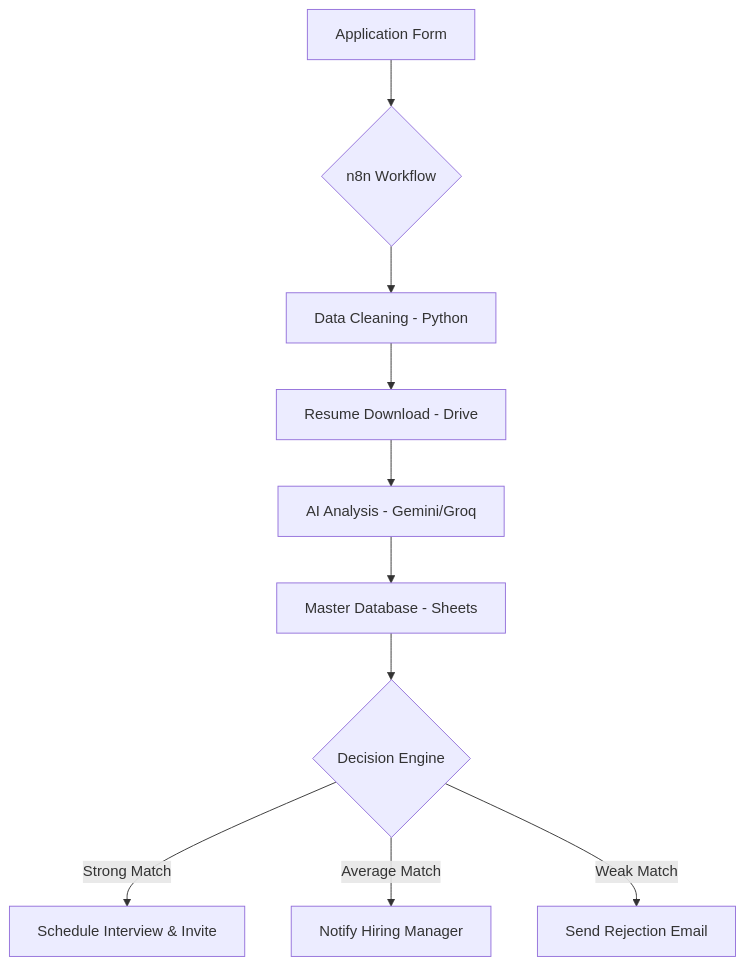
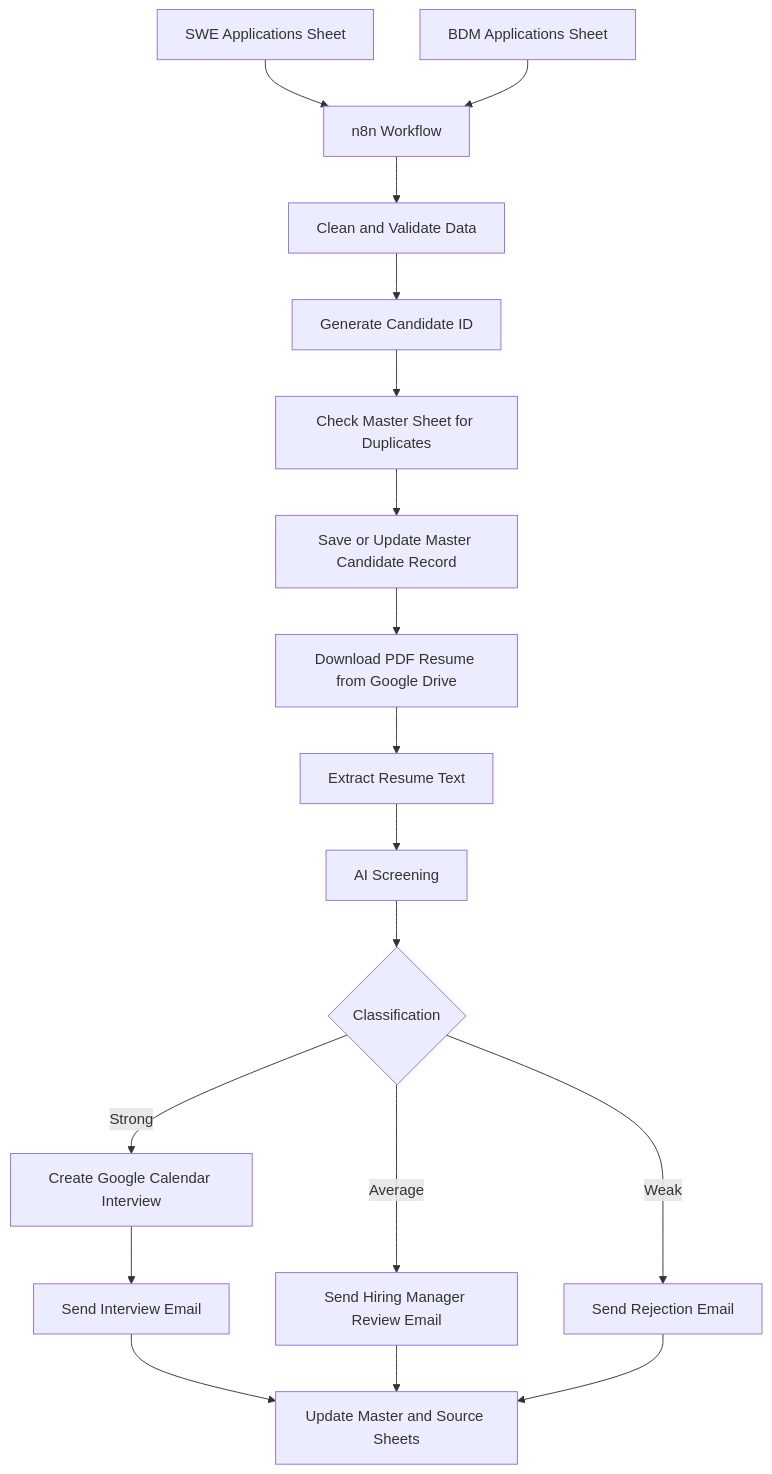
Before and after one commit to 21Afnan/n8n-multi-role-hiring-automation: the diagram in README.md, drawn with Mermaid. The commit also changed other lines of this file, not shown here.

````diff
--- a/README.md
+++ b/README.md
@@ -23,12 +30,20 @@
 ```mermaid
 graph TD
-    A[Application Form] --> B{n8n Workflow}
-    B --> C[Data Cleaning - Python]
-    C --> D[Resume Download - Drive]
-    D --> E[AI Analysis - Gemini/Groq]
-    E --> F[Master Database - Sheets]
-    F --> G{Decision Engine}
-    G -- Strong Match --> H[Schedule Interview & Invite]
-    G -- Average Match --> I[Notify Hiring Manager]
-    G -- Weak Match --> J[Send Rejection Email]
+    A[SWE Applications Sheet] --> C[n8n Workflow]
+    B[BDM Applications Sheet] --> C
+    C --> D[Clean and Validate Data]
+    D --> E[Generate Candidate ID]
+    E --> F[Check Master Sheet for Duplicates]
+    F --> G[Save or Update Master Candidate Record]
+    G --> H[Download PDF Resume from Google Drive]
+    H --> I[Extract Resume Text]
+    I --> J[AI Screening]
+    J --> K{Classification}
+    K -- Strong --> L[Create Google Calendar Interview]
+    L --> M[Send Interview Email]
+    K -- Average --> N[Send Hiring Manager Review Email]
+    K -- Weak --> O[Send Rejection Email]
+    M --> P[Update Master and Source Sheets]
+    N --> P
+    O --> P
 ```
````
